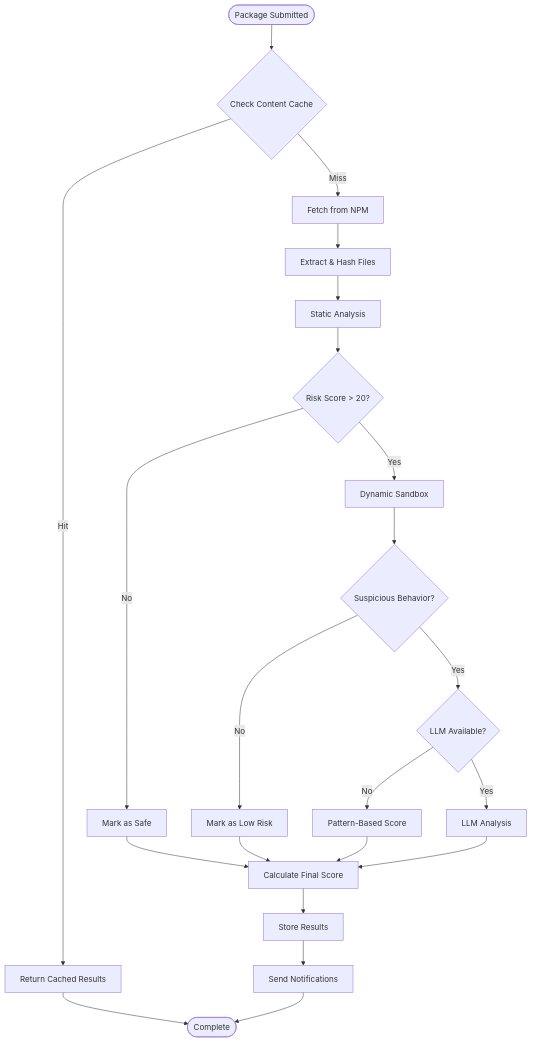
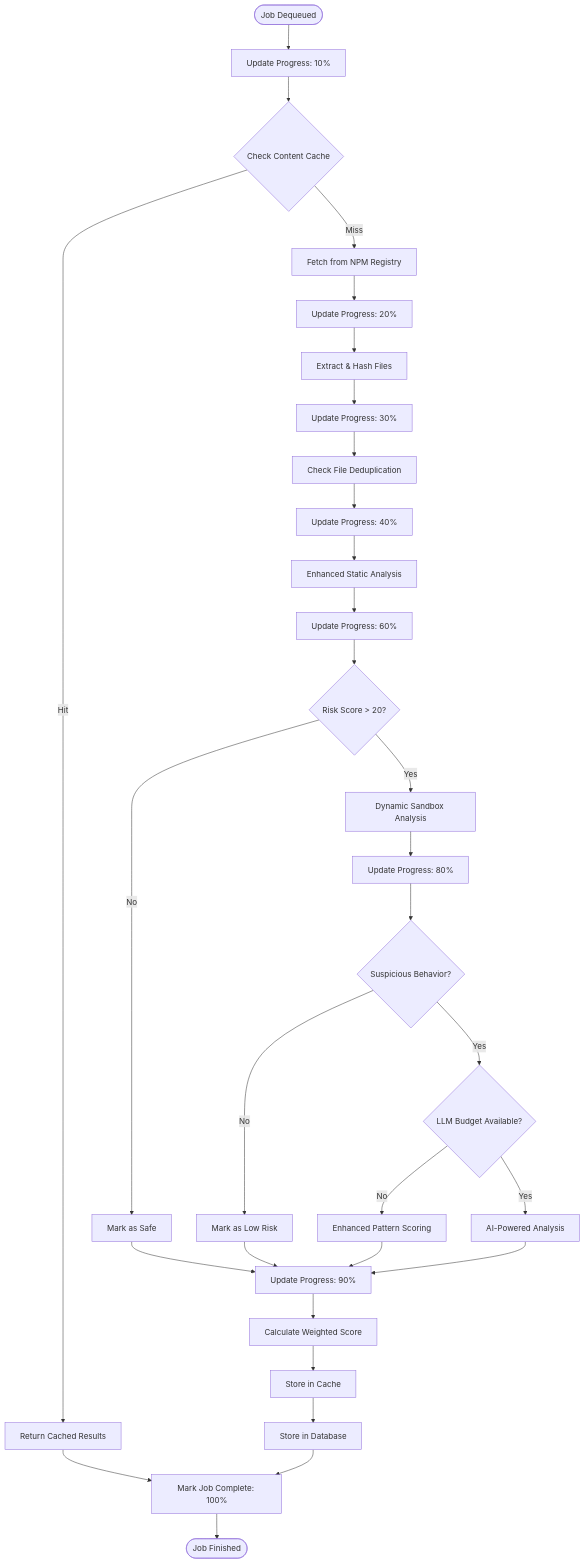
Before and after one commit to MichaelAyles/nodewatch: the third of 3 diagrams in .kiro/specs/npm-malware-detection-enhancement/design.md, drawn with Mermaid. The commit also changed other lines of this file and 6 other files, not shown here.

````diff
--- a/.kiro/specs/npm-malware-detection-enhancement/design.md
+++ b/.kiro/specs/npm-malware-detection-enhancement/design.md
@@ -92,31 +182,41 @@
 ```mermaid
 flowchart TD
-    START([Package Submitted]) --> CACHE_CHECK{Check Content Cache}
+    START([Job Dequeued]) --> UPDATE_PROGRESS[Update Progress: 10%]
+    UPDATE_PROGRESS --> CACHE_CHECK{Check Content Cache}
     CACHE_CHECK -->|Hit| RETURN_CACHED[Return Cached Results]
-    CACHE_CHECK -->|Miss| FETCH[Fetch from NPM]
+    CACHE_CHECK -->|Miss| FETCH[Fetch from NPM Registry]
     
-    FETCH --> EXTRACT[Extract & Hash Files]
-    EXTRACT --> STATIC[Static Analysis]
+    FETCH --> PROGRESS_20[Update Progress: 20%]
+    PROGRESS_20 --> EXTRACT[Extract & Hash Files]
+    EXTRACT --> PROGRESS_30[Update Progress: 30%]
+    PROGRESS_30 --> DEDUP_CHECK[Check File Deduplication]
     
-    STATIC --> STATIC_SCORE{Risk Score > 20?}
+    DEDUP_CHECK --> PROGRESS_40[Update Progress: 40%]
+    PROGRESS_40 --> STATIC[Enhanced Static Analysis]
+    
+    STATIC --> PROGRESS_60[Update Progress: 60%]
+    PROGRESS_60 --> STATIC_SCORE{Risk Score > 20?}
     STATIC_SCORE -->|No| SAFE[Mark as Safe]
-    STATIC_SCORE -->|Yes| SANDBOX[Dynamic Sandbox]
+    STATIC_SCORE -->|Yes| SANDBOX[Dynamic Sandbox Analysis]
     
-    SANDBOX --> SANDBOX_SCORE{Suspicious Behavior?}
+    SANDBOX --> PROGRESS_80[Update Progress: 80%]
+    PROGRESS_80 --> SANDBOX_SCORE{Suspicious Behavior?}
     SANDBOX_SCORE -->|No| LOW_RISK[Mark as Low Risk]
-    SANDBOX_SCORE -->|Yes| LLM_CHECK{LLM Available?}
+    SANDBOX_SCORE -->|Yes| LLM_CHECK{LLM Budget Available?}
     
-    LLM_CHECK -->|No| PATTERN_SCORE[Pattern-Based Score]
-    LLM_CHECK -->|Yes| LLM[LLM Analysis]
+    LLM_CHECK -->|No| PATTERN_SCORE[Enhanced Pattern Scoring]
+    LLM_CHECK -->|Yes| LLM[AI-Powered Analysis]
     
-    LLM --> FINAL_SCORE[Calculate Final Score]
-    PATTERN_SCORE --> FINAL_SCORE
-    SAFE --> FINAL_SCORE
-    LOW_RISK --> FINAL_SCORE
+    LLM --> PROGRESS_90[Update Progress: 90%]
+    PATTERN_SCORE --> PROGRESS_90
+    SAFE --> PROGRESS_90
+    LOW_RISK --> PROGRESS_90
     
-    FINAL_SCORE --> STORE[Store Results]
-    STORE --> NOTIFY[Send Notifications]
-    NOTIFY --> END([Complete])
+    PROGRESS_90 --> FINAL_SCORE[Calculate Weighted Score]
+    FINAL_SCORE --> CACHE_STORE[Store in Cache]
+    CACHE_STORE --> DB_STORE[Store in Database]
+    DB_STORE --> COMPLETE[Mark Job Complete: 100%]
+    COMPLETE --> END([Job Finished])
     
-    RETURN_CACHED --> END
+    RETURN_CACHED --> COMPLETE
 ```
````
